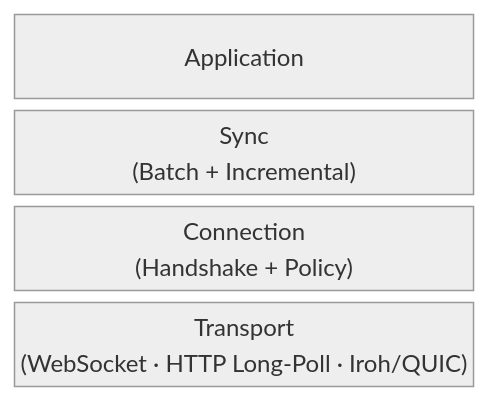
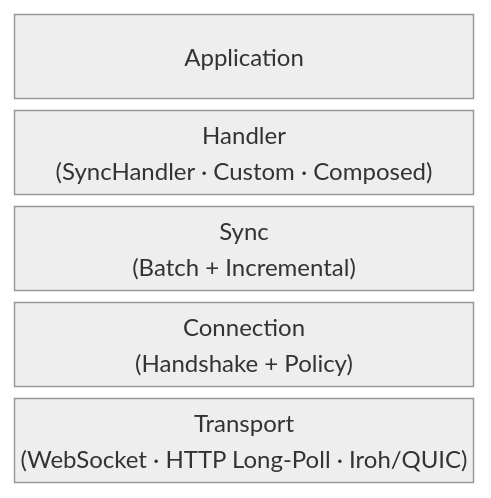
One commit to inkandswitch/subduction changed the first of 2 diagrams in design/README.md. Above: the diagram before and after it, drawn with Mermaid (neutral theme). The commit also changed other lines of this file and 2 other files, not shown here.

Commit message:
Handler docs

````diff
--- a/design/README.md
+++ b/design/README.md
@@ -18,8 +19,9 @@
 ```mermaid
 block-beta
     columns 1
     Application
+    Handler["Handler<br/>(SyncHandler · Custom · Composed)"]
     Sync["Sync<br/>(Batch + Incremental)"]
     Connection["Connection<br/>(Handshake + Policy)"]
     Transport["Transport<br/>(WebSocket · HTTP Long-Poll · Iroh/QUIC)"]
 ```
````
